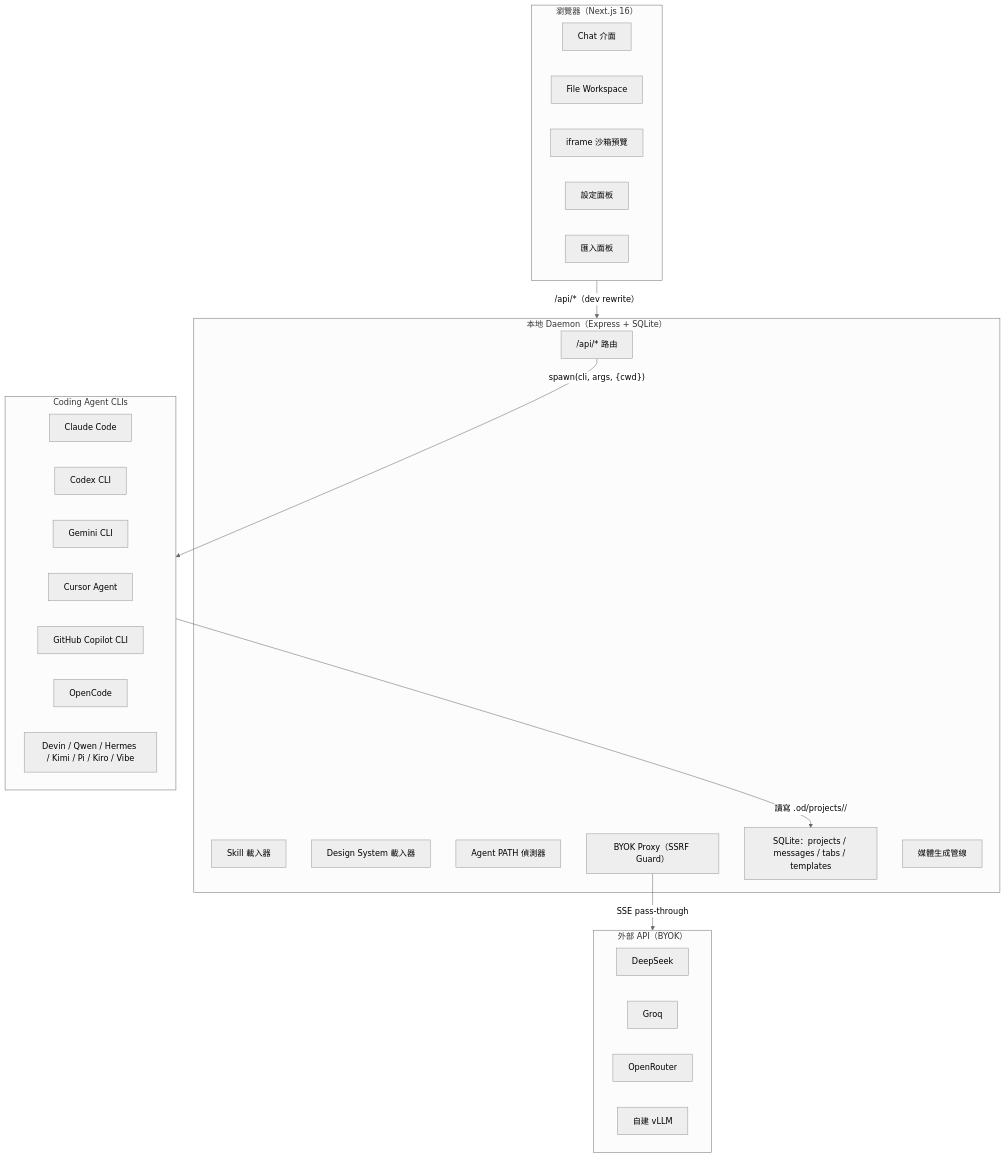
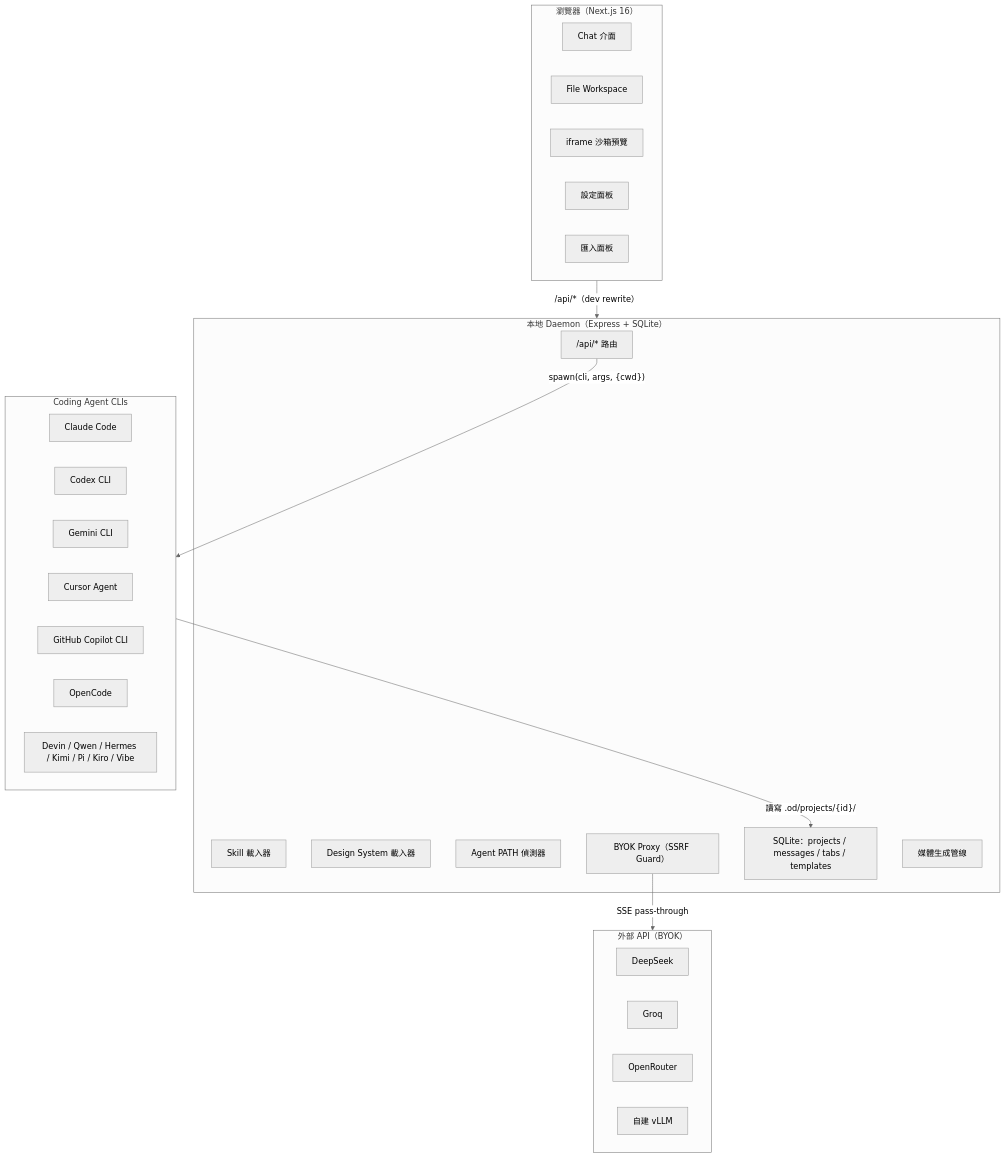
Before and after one commit to chihhung/Blog: the first of 10 diagrams in content/posts/教學/AI開發/open design 教學手冊.md, drawn with Mermaid (neutral theme).

Commit message:
fix: 修正 mermaid 圖表中 <id> 角括號語法錯誤，改為 {id}

````diff
--- a/content/posts/教學/AI開發/open design 教學手冊.md
+++ b/content/posts/教學/AI開發/open design 教學手冊.md
@@ -248,42 +248,42 @@
 ```mermaid
 graph TB
     subgraph Browser ["瀏覽器（Next.js 16）"]
         Chat[Chat 介面]
         FileWorkspace[File Workspace]
         Preview[iframe 沙箱預覽]
         Settings[設定面板]
         Import[匯入面板]
     end
 
     subgraph Daemon ["本地 Daemon（Express + SQLite）"]
         API["/api/* 路由"]
         SkillLoader["Skill 載入器"]
         DSLoader["Design System 載入器"]
         AgentDetector["Agent PATH 偵測器"]
         BYOKProxy["BYOK Proxy（SSRF Guard）"]
         DB["SQLite：projects / messages / tabs / templates"]
         MediaPipeline["媒體生成管線"]
     end
 
     subgraph Agents ["Coding Agent CLIs"]
         Claude["Claude Code"]
         Codex["Codex CLI"]
         Gemini["Gemini CLI"]
         Cursor["Cursor Agent"]
         Copilot["GitHub Copilot CLI"]
         OpenCode["OpenCode"]
         Others["Devin / Qwen / Hermes / Kimi / Pi / Kiro / Vibe"]
     end
 
     subgraph External ["外部 API（BYOK）"]
         DeepSeek["DeepSeek"]
         Groq["Groq"]
         OpenRouter["OpenRouter"]
         vLLM["自建 vLLM"]
     end
 
     Browser -->|"/api/*（dev rewrite）"| Daemon
     API -->|"spawn(cli, args, {cwd})"| Agents
     BYOKProxy -->|"SSE pass-through"| External
-    Agents -->|"讀寫 .od/projects/<id>/"| DB
+    Agents -->|"讀寫 .od/projects/{id}/"| DB
 ```
````
